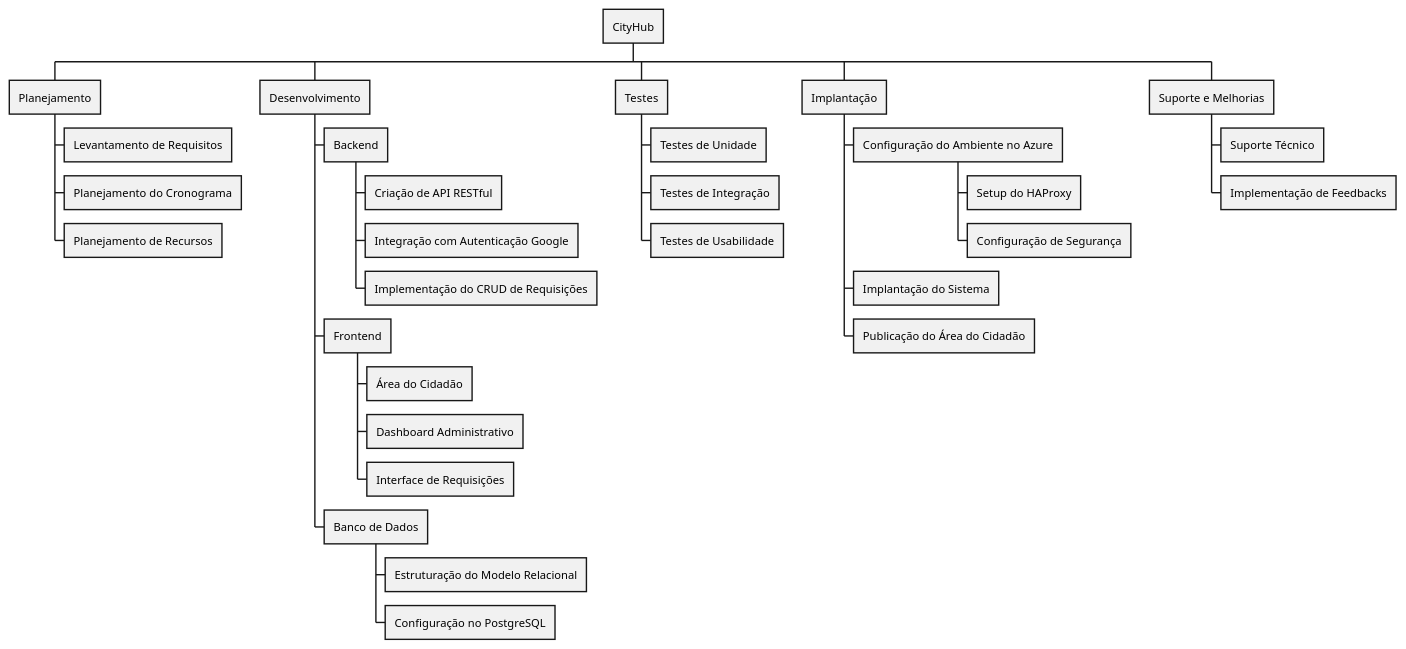
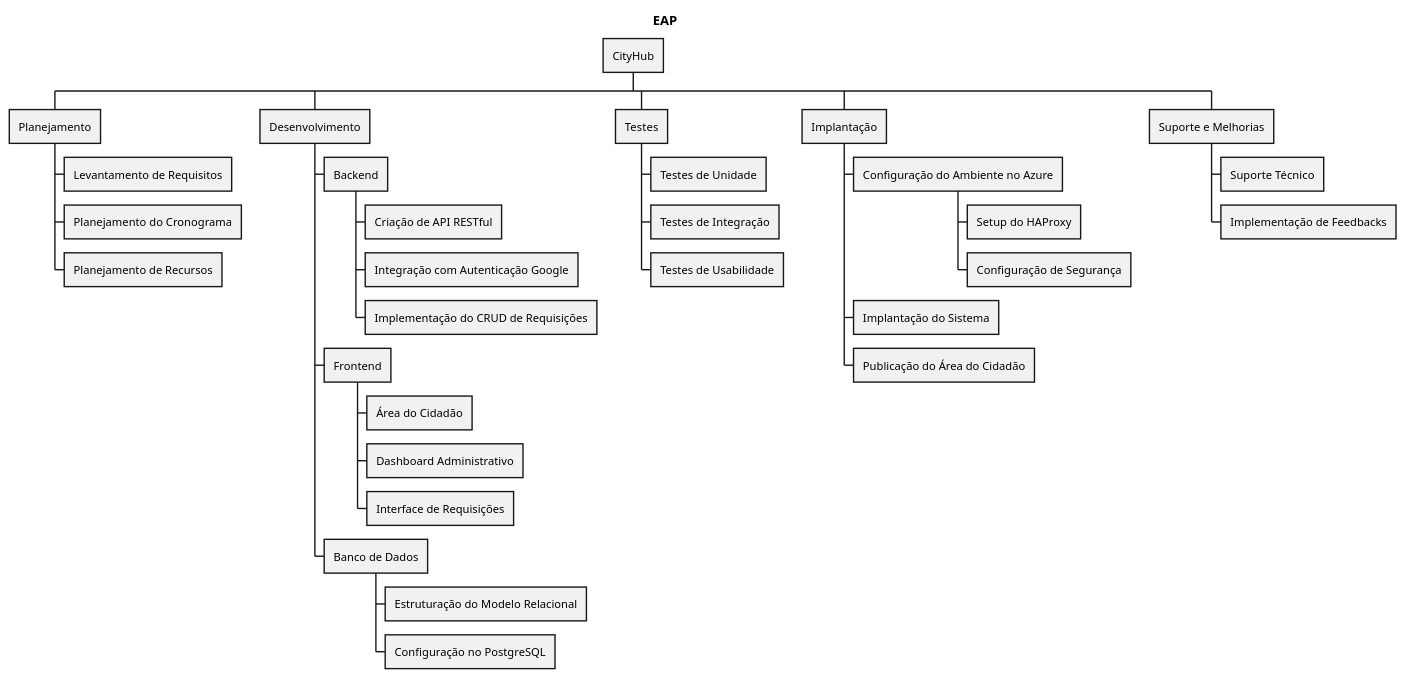
One commit to Francielefernandes06/documentacao-projeto-coorporativo-2024.2 changed the diagram in diagramas/EAP.puml. Above: the diagram before and after it, drawn with PlantUML.

```diff
--- a/diagramas/EAP.puml
+++ b/diagramas/EAP.puml
@@ -1,41 +1,42 @@
 @startwbs
+title EAP
 <style>
   WBS {
     BackgroundColor YellowGreen
     BorderColor DarkGreen
     FontColor White
   }
   ' Personalize o estilo de cada nível conforme necessário
 </style>
 
 * CityHub
 ** Planejamento
 *** Levantamento de Requisitos
 *** Planejamento do Cronograma
 *** Planejamento de Recursos
 ** Desenvolvimento
 *** Backend
 **** Criação de API RESTful
 **** Integração com Autenticação Google
 **** Implementação do CRUD de Requisições
 *** Frontend
 **** Área do Cidadão
 **** Dashboard Administrativo
 **** Interface de Requisições
 *** Banco de Dados
 **** Estruturação do Modelo Relacional
 **** Configuração no PostgreSQL
 ** Testes
 *** Testes de Unidade
 *** Testes de Integração
 *** Testes de Usabilidade
 ** Implantação
 *** Configuração do Ambiente no Azure
 **** Setup do HAProxy
 **** Configuração de Segurança
 *** Implantação do Sistema
 *** Publicação do Área do Cidadão
 ** Suporte e Melhorias
 *** Suporte Técnico
 *** Implementação de Feedbacks
 @endwbs
```
